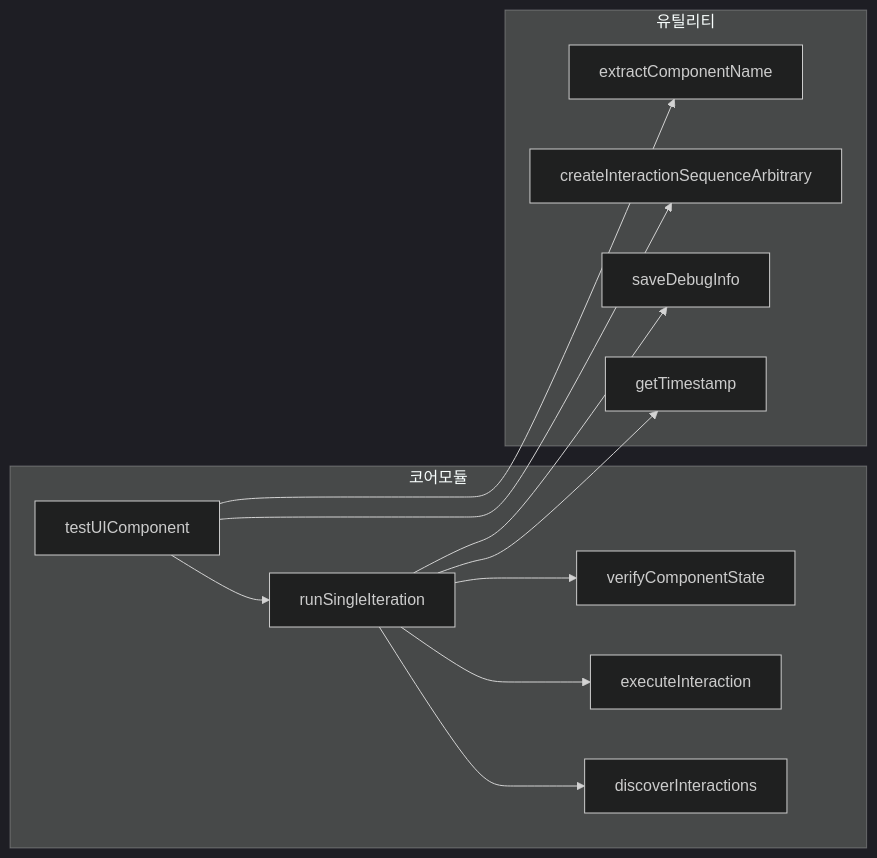
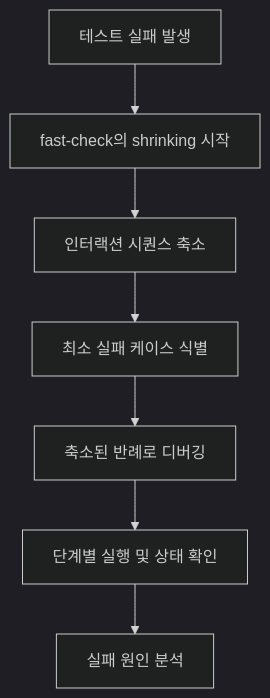
Before and after one commit to YahngSungho/Monorepo: the fifth of 8 diagrams in storybook/e2e/universal-testers.md, drawn with Mermaid (dark theme). The commit also changed other lines of this file and 3 other files, not shown here.

````diff
--- a/storybook/e2e/universal-testers.md
+++ b/storybook/e2e/universal-testers.md
@@ -36,19 +279,9 @@
 ```mermaid
-flowchart LR
-    subgraph 코어모듈
-        A[testUIComponent] --> B[runSingleIteration]
-        B --> C[discoverInteractions]
-        B --> D[executeInteraction]
-        B --> E[verifyComponentState]
-    end
-    subgraph 유틸리티
-        F[createInteractionSequenceArbitrary]
-        G[getTimestamp]
-        H[saveDebugInfo]
-        I[extractComponentName]
-    end
-    A --> F
-    B --> G
-    B --> H
-    A --> I
+flowchart TD
+    A[테스트 실패 발생] --> B[fast-check의 shrinking 시작]
+    B --> C[인터랙션 시퀀스 축소]
+    C --> D[최소 실패 케이스 식별]
+    D --> E[축소된 반례로 디버깅]
+    E --> F[단계별 실행 및 상태 확인]
+    F --> G[실패 원인 분석]
 ```
````
